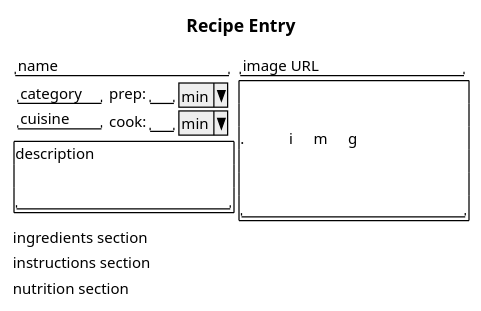
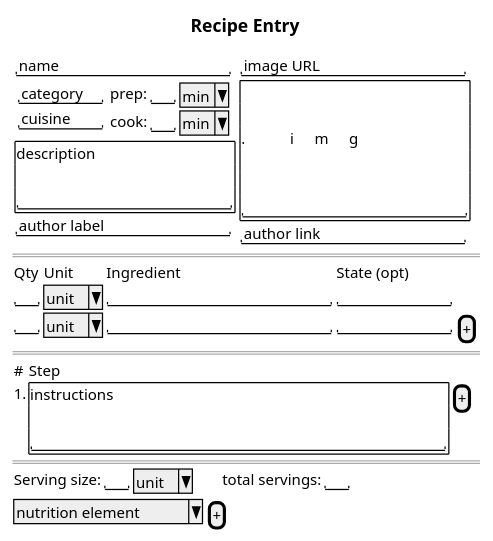
One commit to 7s4e/p3 changed the diagram in pyApps/cookbook/wireframe.puml. Above: the diagram before and after it, drawn with PlantUML. The commit also changed 1 other file, not shown here.

```diff
--- a/pyApps/cookbook/wireframe.puml
+++ b/pyApps/cookbook/wireframe.puml
@@ -1,46 +1,62 @@
 @startuml key
 salt
 title Recipe Entry
 {
   {
     {
       "name                 "
       {
         {
           "category"
           "cuisine "
         } | 
         {
           prep: | "  " | ^min^
           cook: | "  " | ^min^
         }
       }
       {+
         description
         .
         "                     "
       }
+      "author label         "
     } | 
     {
       "image URL             "
       {+
         .
         .
         .                      img
         .
         .
         "                      "
       }
+      "author link           "
     }
   }
+  ==
   {
-    ingredients section
+    Qty | Unit | Ingredient | State (opt)
+    "  " | ^unit^ | "                      " | "           " | .
+    "  " | ^unit^ | "                      " | "           " | [+]
+  }
+  ==
+  {
+     # | Step
+    1. | {+
+           instructions
+           .
+           "                                         "
+         } | [+]
+
+  }
+  ==
+  {
+    Serving size: | "  " | ^unit^ | . | . | . | . | total servings: | "  "
   }
   {
-    instructions section
-  }
-  {
-    nutrition section
+    ^nutrition element^ | [+]
   }
 }
 @enduml
```
